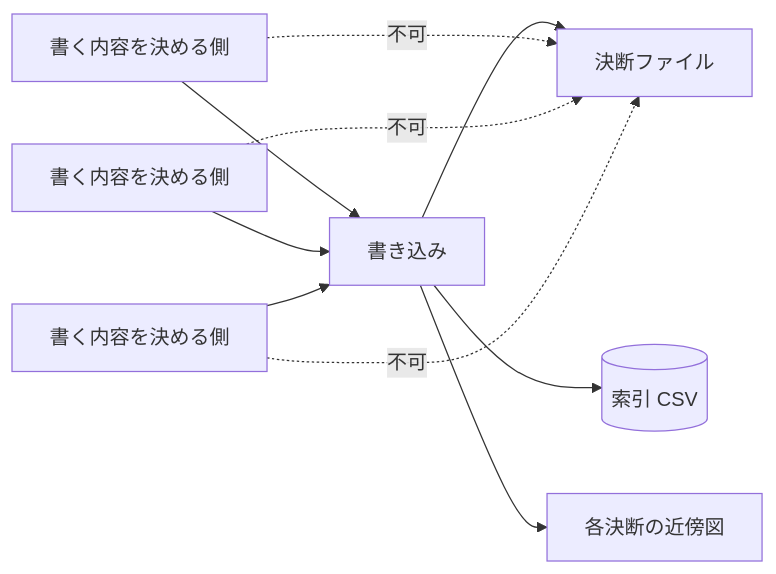
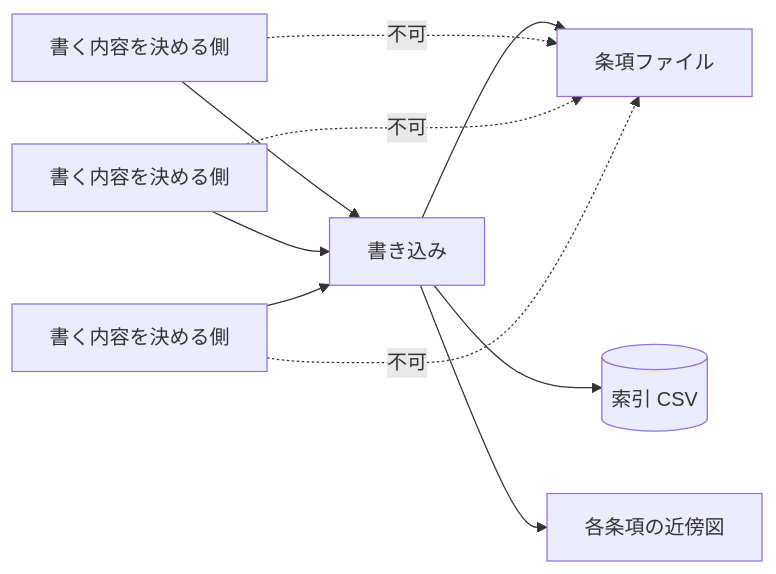
The diagram in docs/archivist/L3_structures/writing-path.md (gameundwatch/codifier), drawn with Mermaid before and after one commit. The commit also changed other lines of this file and 77 other files, not shown here.

````diff
--- a/docs/archivist/L3_structures/writing-path.md
+++ b/docs/archivist/L3_structures/writing-path.md
@@ -9,12 +9,12 @@
 ```mermaid
 flowchart LR
     A[書く内容を決める側] --> W[書き込み]
     B[書く内容を決める側] --> W
     C[書く内容を決める側] --> W
-    W --> O["決断ファイル"]
+    W --> O["条項ファイル"]
     W --> X[(索引 CSV)]
-    W --> Y[各決断の近傍図]
+    W --> Y[各条項の近傍図]
     A -.->|不可| O
     B -.->|不可| O
     C -.->|不可| O
 ```
````
